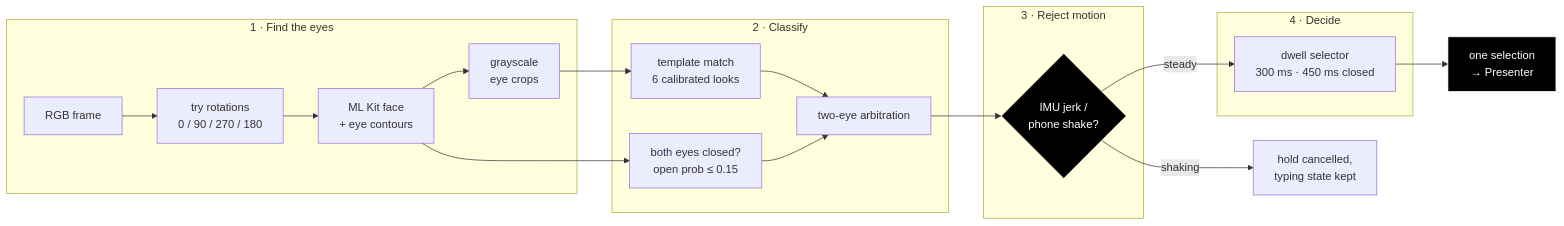
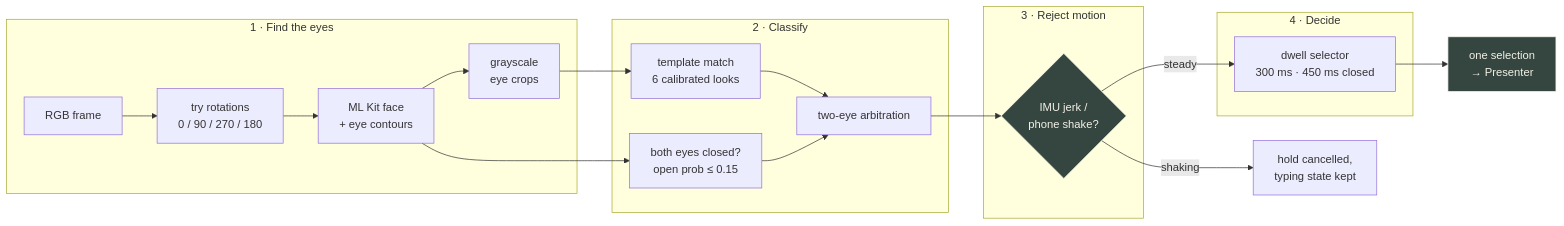
Before and after one commit to mridulbansal4/Vakyam_2: the third of 3 diagrams in README.md, drawn with Mermaid. The commit also changed other lines of this file and 18 other files, not shown here.

````diff
--- a/README.md
+++ b/README.md
@@ -360,29 +360,29 @@
 ```mermaid
 flowchart LR
     subgraph S1["1 · Find the eyes"]
         FR["RGB frame"] --> ROT["try rotations<br/>0 / 90 / 270 / 180"]
         ROT --> MLK["ML Kit face<br/>+ eye contours"]
         MLK --> CROP["grayscale<br/>eye crops"]
     end
     subgraph S2["2 · Classify"]
         TM["template match<br/>6 calibrated looks"]
         CL["both eyes closed?<br/>open prob ≤ 0.15"]
         ARB["two-eye arbitration"]
         TM --> ARB
         CL --> ARB
     end
     subgraph S3["3 · Reject motion"]
         JERK{"IMU jerk /<br/>phone shake?"}
     end
     subgraph S4["4 · Decide"]
         DW["dwell selector<br/>300 ms · 450 ms closed"]
     end
     CROP --> TM
     MLK --> CL
     ARB --> JERK
     JERK -- steady --> DW
     JERK -- shaking --> X["hold cancelled,<br/>typing state kept"]
     DW --> OUT["one selection<br/>→ Presenter"]
-    style JERK fill:#000000,stroke:#ffffff,color:#ffffff
-    style OUT fill:#000000,stroke:#ffffff,color:#ffffff
+    style JERK fill:#34463F,stroke:#F4F1E8,color:#F4F1E8
+    style OUT fill:#34463F,stroke:#F4F1E8,color:#F4F1E8
 ```
````
